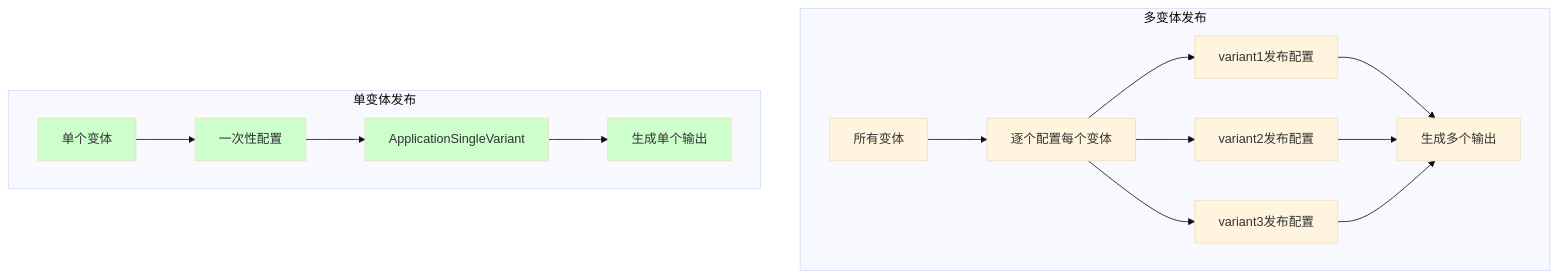
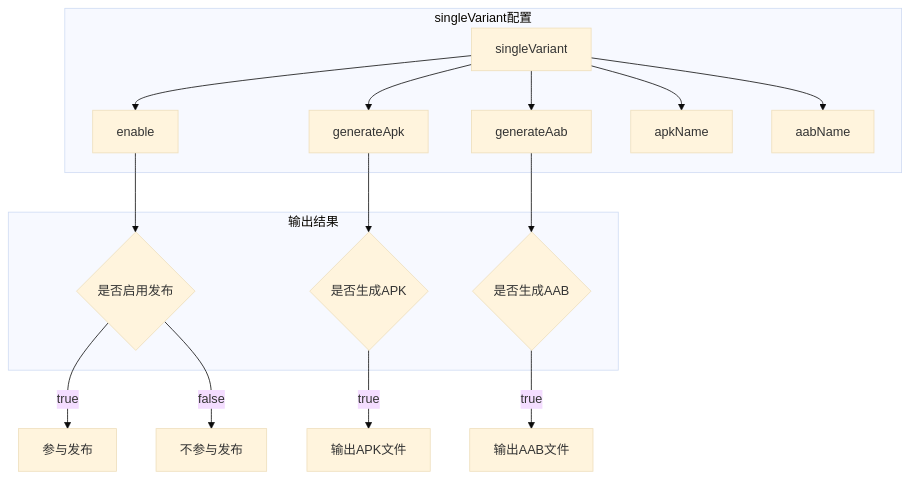
Before and after one commit to Carrie-L/carrie-l.github.io: the first of 3 diagrams in AndroidDeveloperGuideStory/Contents/vol21/21.1.82 应用单变体.md, drawn with Mermaid (base theme). The commit also changed other lines of this file, not shown here.

Commit message:
feat(chapter-21.1.82): add ApplicationSingleVariant single variant publishing configuration chapter

````diff
--- a/AndroidDeveloperGuideStory/Contents/vol21/21.1.82 应用单变体.md
+++ b/AndroidDeveloperGuideStory/Contents/vol21/21.1.82 应用单变体.md
@@ -45,23 +113,21 @@
 ```mermaid
 flowchart TB
-    subgraph 多变体发布
-    A[所有变体] --> B[逐个配置每个变体]
-    B --> C[variant1发布配置]
-    B --> D[variant2发布配置]
-    B --> E[variant3发布配置]
-    C --> F[生成多个输出]
-    D --> F
-    E --> F
+    subgraph singleVariant配置
+    A[singleVariant] --> B[enable]
+    A --> C[generateApk]
+    A --> D[generateAab]
+    A --> E[apkName]
+    A --> F[aabName]
     end
     
-    subgraph 单变体发布
-    G[单个变体] --> H[一次性配置]
-    H --> I[ApplicationSingleVariant]
-    I --> J[生成单个输出]
+    subgraph 输出结果
+    B --> G{是否启用发布}
+    C --> H{是否生成APK}
+    D --> I{是否生成AAB}
     end
     
-    style G fill:#ccffcc
-    style H fill:#ccffcc
-    style I fill:#ccffcc
-    style J fill:#ccffcc
+    G -->|true| J[参与发布]
+    G -->|false| K[不参与发布]
+    H -->|true| L[输出APK文件]
+    I -->|true| M[输出AAB文件]
 ```
````
